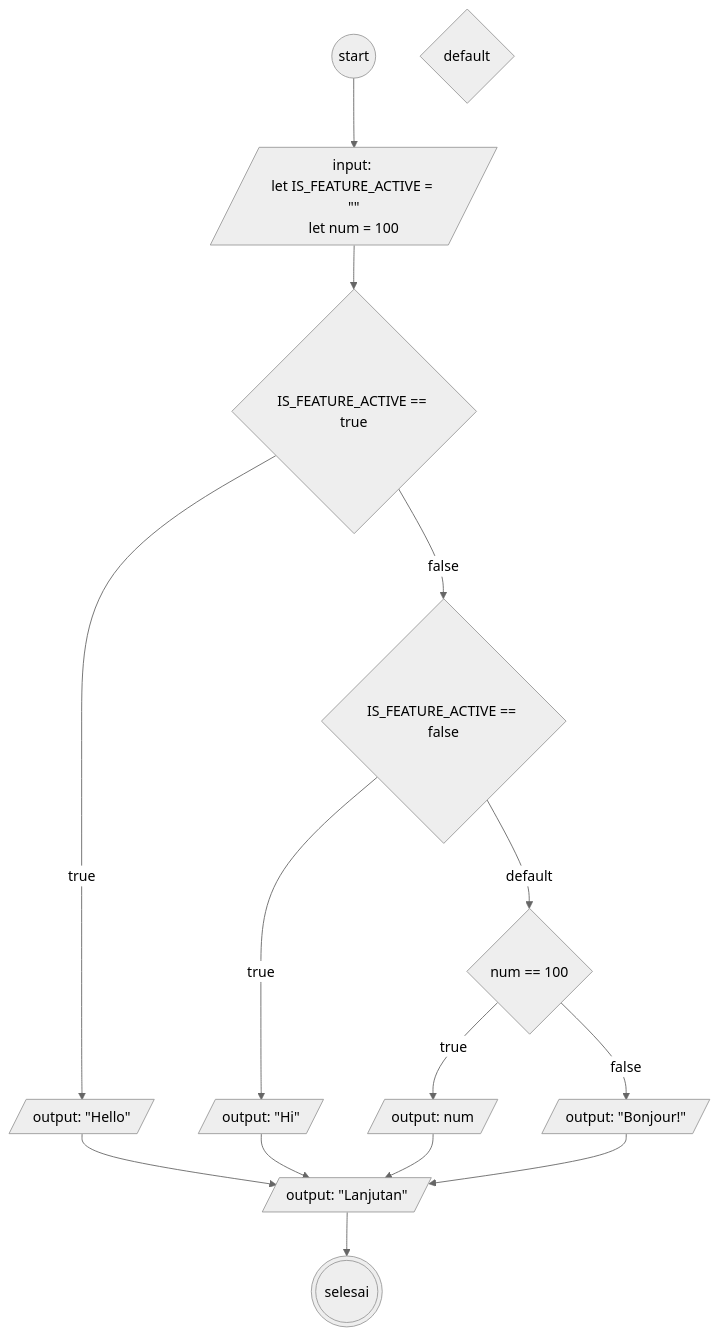
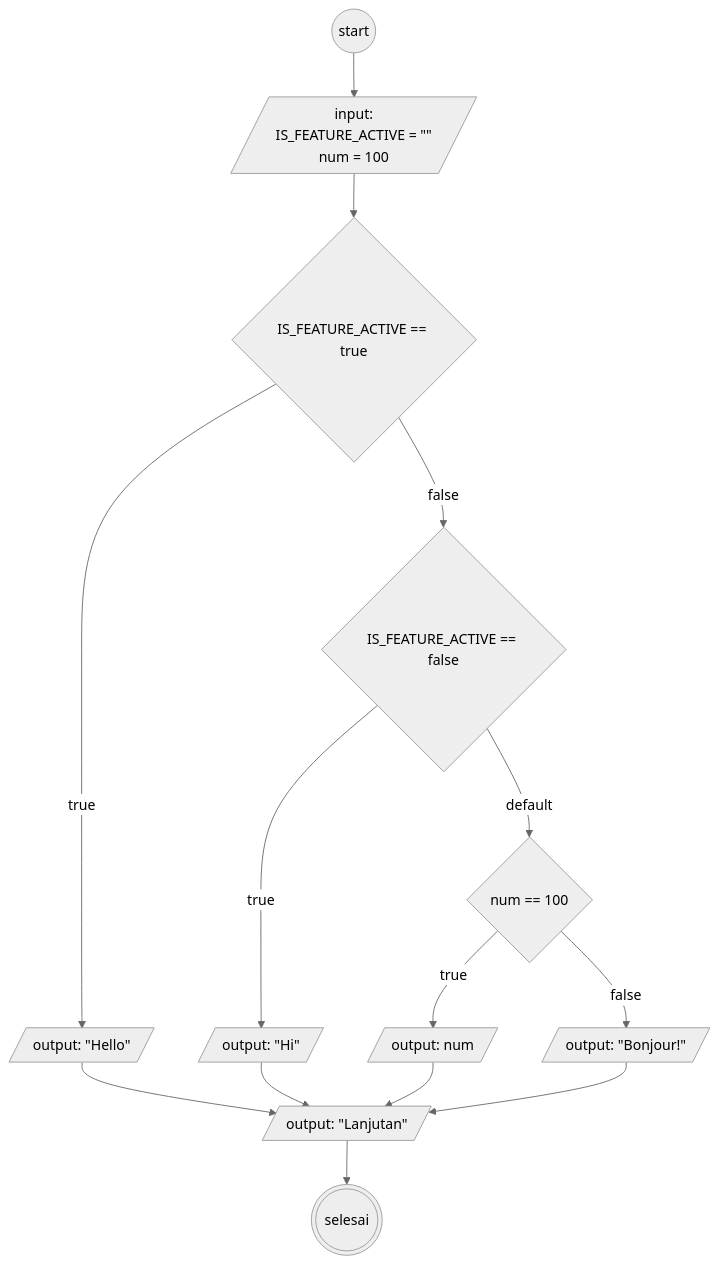
Before and after one commit to mslthn/koda-b6-javascript1: the diagram in flowchart-switch.md, drawn with Mermaid (neutral theme).

````diff
--- a/flowchart-switch.md
+++ b/flowchart-switch.md
@@ -1,32 +1,32 @@
 ```mermaid
 flowchart TD
 
 start@{shape: circ}
 init@{shape: lean-r, label: "input: 
-let IS_FEATURE_ACTIVE = #quot;#quot;
-let num = 100"}
+IS_FEATURE_ACTIVE = #quot;#quot;
+num = 100"}
 
 swT@{shape: diamond, label: "IS_FEATURE_ACTIVE == true"}
 swF@{shape: diamond, label: "IS_FEATURE_ACTIVE == false"}
 caseT@{shape: lean-r, label: "output: #quot;Hello#quot;"}
 caseF@{shape: lean-r, label: "output: #quot;Hi#quot;"}
-default@{shape: diamond}
+
 if@{shape: diamond, label: "num == 100"}
 ifT@{shape: lean-r, label: "output: num"}
 else@{shape: lean-r, label: "output: #quot;Bonjour!#quot;"}
 lanjutan@{shape: lean-r, label: "output: #quot;Lanjutan#quot;"}
 selesai@{shape: dbl-circ}
 
 start-->init
 init-->swT-->|true| caseT
 swT-->|false| swF
 swF-->|true| caseF
 swF-->|default| if
 if-->|true| ifT
 if-->|false| else
 caseT-->lanjutan
 caseF-->lanjutan
 ifT--> lanjutan
 else-->lanjutan
 lanjutan-->selesai
 ```
````
